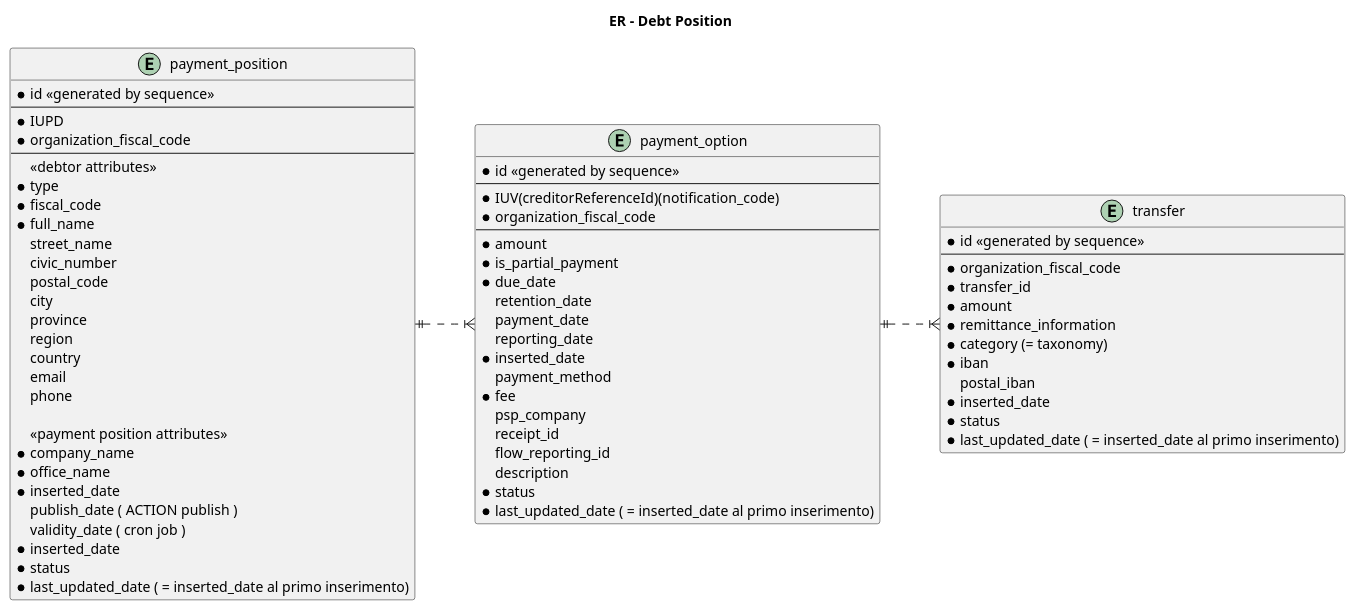
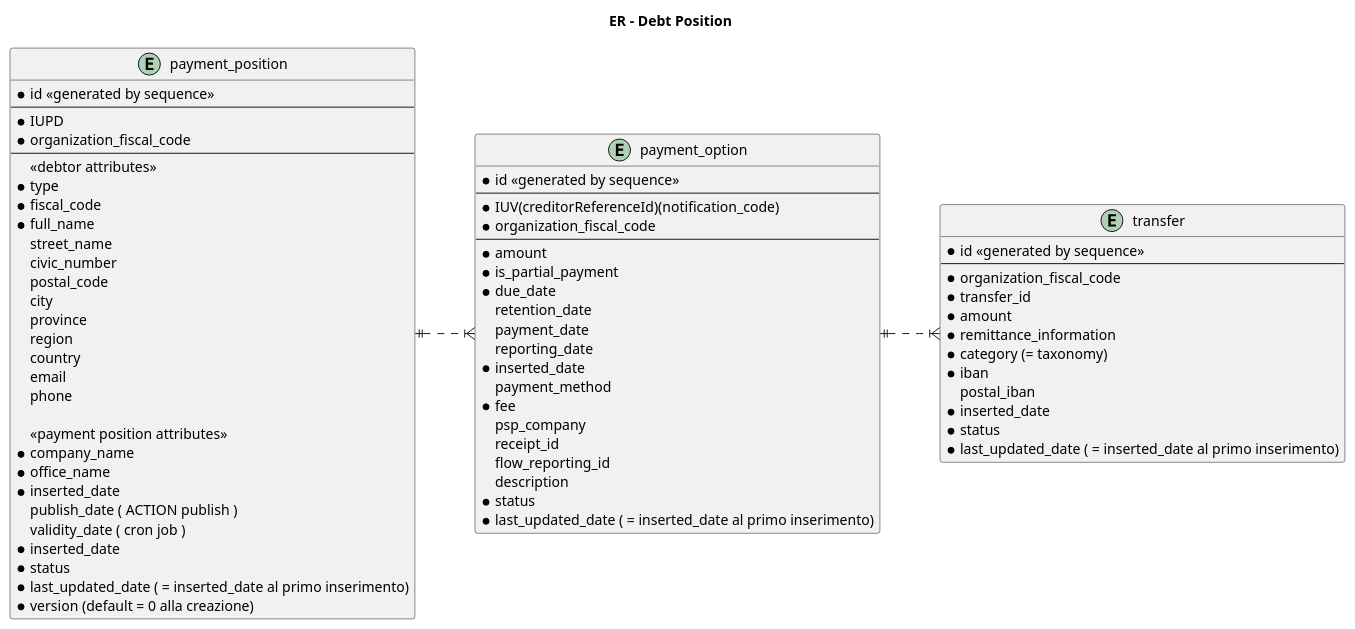
The diagram in gpd/doc/db/re.puml (pagopa/pagopa-debt-position), drawn with PlantUML before and after one commit.

Commit message:
[PPD-9] aggiornare posizione debitoria: adeguato diagramma er con colonna version per la payment position

```diff
--- a/gpd/doc/db/re.puml
+++ b/gpd/doc/db/re.puml
@@ -1,80 +1,81 @@
 @startuml ER-debtPosition
 left to right direction
 
 title ER - Debt Position
 
 
 entity payment_position {
   * id <<generated by sequence>>
   --
   * IUPD
   * organization_fiscal_code
   --
   <<debtor attributes>>
   * type
   * fiscal_code
   * full_name
   street_name
   civic_number
   postal_code
   city
   province
   region
   country
   email
   phone
   
   <<payment position attributes>>
   * company_name
   * office_name
   * inserted_date 
     publish_date ( ACTION publish )
     validity_date ( cron job )
   * inserted_date 
   * status 
   * last_updated_date ( = inserted_date al primo inserimento)
+  * version (default = 0 alla creazione)
 }
 
 
 entity payment_option {
   * id <<generated by sequence>>
   --
   * IUV(creditorReferenceId)(notification_code)
   * organization_fiscal_code
   --
   * amount
   * is_partial_payment
   * due_date
     retention_date
     payment_date
     reporting_date
   * inserted_date
     payment_method
   * fee
     psp_company
     receipt_id
     flow_reporting_id
     description
   * status
   * last_updated_date ( = inserted_date al primo inserimento)
 }
 
 
 entity transfer {
   * id <<generated by sequence>>
   --
   * organization_fiscal_code
   * transfer_id
   * amount
   * remittance_information
   * category (= taxonomy)
   * iban
     postal_iban
   * inserted_date
   * status
   * last_updated_date ( = inserted_date al primo inserimento) 
 }
 
 payment_position ||..|{ payment_option
 payment_option ||..|{ transfer
 @enduml
```
